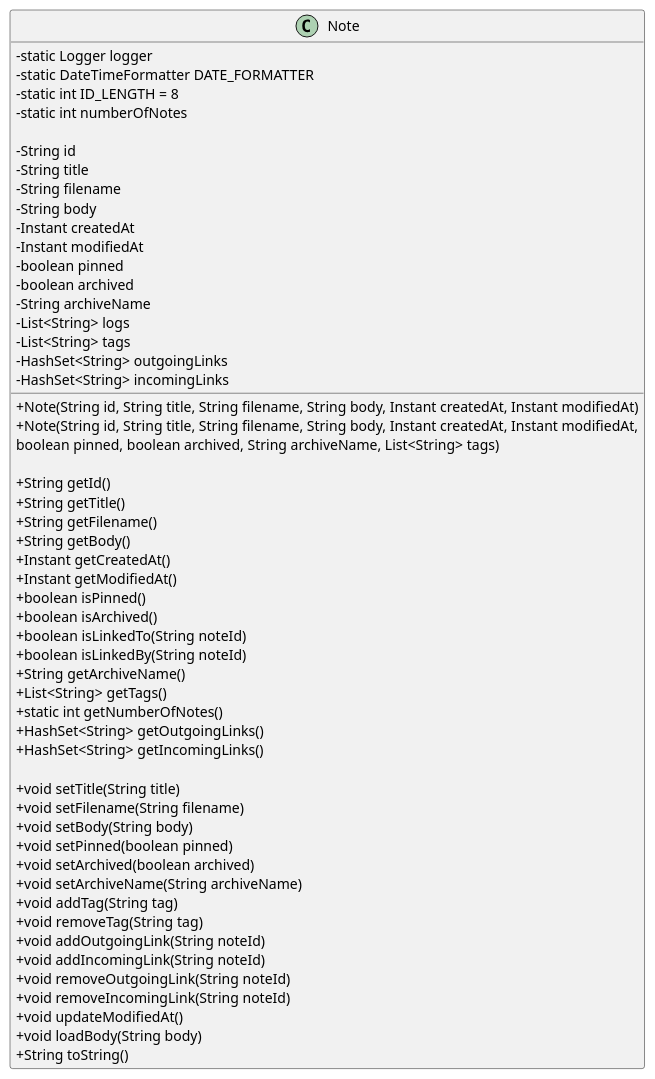
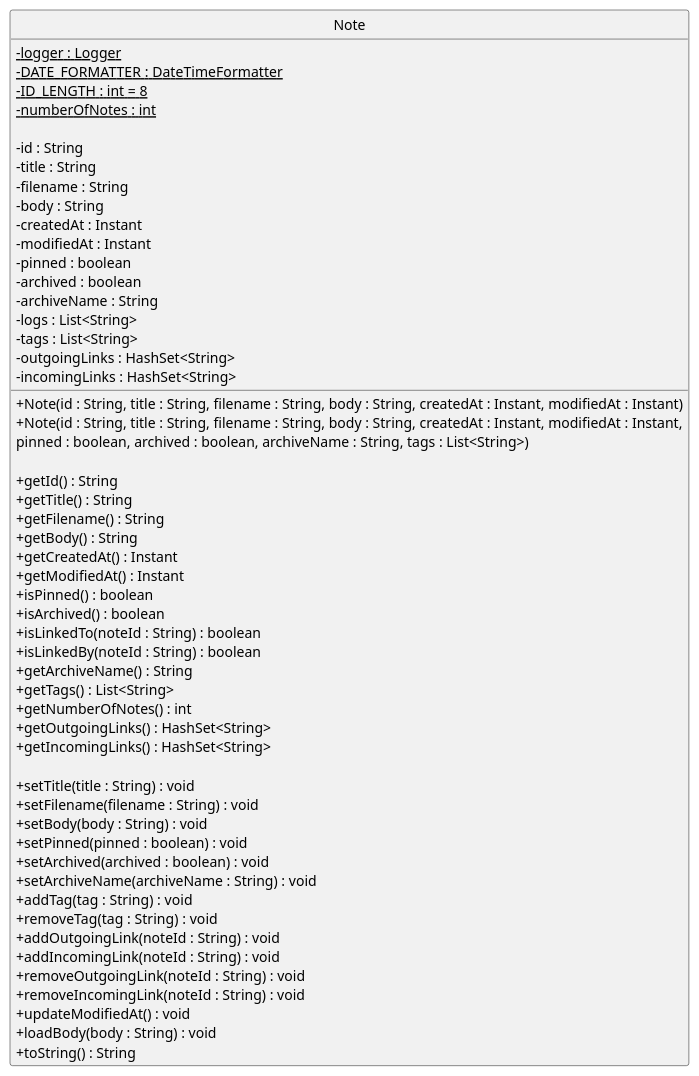
Before and after one commit to shauntsr/tp: the diagram in docs/diagrams/NoteClass.puml, drawn with PlantUML. The commit also changed 10 other files, not shown here.

```diff
--- a/docs/diagrams/NoteClass.puml
+++ b/docs/diagrams/NoteClass.puml
@@ -1,60 +1,60 @@
 @startuml NoteClass
 skinparam classAttributeIconSize 0
+hide circle
+class Note {
+    - {static}logger : Logger
+    - {static}DATE_FORMATTER : DateTimeFormatter
+    - {static}ID_LENGTH : int = 8
+    - {static}numberOfNotes : int
 
-class Note {
-    - static Logger logger
-    - static DateTimeFormatter DATE_FORMATTER
-    - static int ID_LENGTH = 8
-    - static int numberOfNotes
+    - id : String
+    - title : String
+    - filename : String
+    - body : String
+    - createdAt : Instant
+    - modifiedAt : Instant
+    - pinned : boolean
+    - archived : boolean
+    - archiveName : String
+    - logs : List<String>
+    - tags : List<String>
+    - outgoingLinks : HashSet<String>
+    - incomingLinks : HashSet<String>
 
-    - String id
-    - String title
-    - String filename
-    - String body
-    - Instant createdAt
-    - Instant modifiedAt
-    - boolean pinned
-    - boolean archived
-    - String archiveName
-    - List<String> logs
-    - List<String> tags
-    - HashSet<String> outgoingLinks
-    - HashSet<String> incomingLinks
+    + Note(id : String, title : String, filename : String, body : String, createdAt : Instant, modifiedAt : Instant)
+    + Note(id : String, title : String, filename : String, body : String, createdAt : Instant, modifiedAt : Instant,
+           pinned : boolean, archived : boolean, archiveName : String, tags : List<String>)
 
-    + Note(String id, String title, String filename, String body, Instant createdAt, Instant modifiedAt)
-    + Note(String id, String title, String filename, String body, Instant createdAt, Instant modifiedAt,
-           boolean pinned, boolean archived, String archiveName, List<String> tags)
+    + getId() : String
+    + getTitle() : String
+    + getFilename() : String
+    + getBody() : String
+    + getCreatedAt() : Instant
+    + getModifiedAt() : Instant
+    + isPinned() : boolean
+    + isArchived() : boolean
+    + isLinkedTo(noteId : String) : boolean
+    + isLinkedBy(noteId : String) : boolean
+    + getArchiveName() : String
+    + getTags() : List<String>
+    + getNumberOfNotes() : int
+    + getOutgoingLinks() : HashSet<String>
+    + getIncomingLinks() : HashSet<String>
 
-    + String getId()
-    + String getTitle()
-    + String getFilename()
-    + String getBody()
-    + Instant getCreatedAt()
-    + Instant getModifiedAt()
-    + boolean isPinned()
-    + boolean isArchived()
-    + boolean isLinkedTo(String noteId)
-    + boolean isLinkedBy(String noteId)
-    + String getArchiveName()
-    + List<String> getTags()
-    + static int getNumberOfNotes()
-    + HashSet<String> getOutgoingLinks()
-    + HashSet<String> getIncomingLinks()
-
-    + void setTitle(String title)
-    + void setFilename(String filename)
-    + void setBody(String body)
-    + void setPinned(boolean pinned)
-    + void setArchived(boolean archived)
-    + void setArchiveName(String archiveName)
-    + void addTag(String tag)
-    + void removeTag(String tag)
-    + void addOutgoingLink(String noteId)
-    + void addIncomingLink(String noteId)
-    + void removeOutgoingLink(String noteId)
-    + void removeIncomingLink(String noteId)
-    + void updateModifiedAt()
-    + void loadBody(String body)
-    + String toString()
+    + setTitle(title : String) : void
+    + setFilename(filename : String) : void
+    + setBody(body : String) : void
+    + setPinned(pinned : boolean) : void
+    + setArchived(archived : boolean) : void
+    + setArchiveName(archiveName : String) : void
+    + addTag(tag : String) : void
+    + removeTag(tag : String) : void
+    + addOutgoingLink(noteId : String) : void
+    + addIncomingLink(noteId : String) : void
+    + removeOutgoingLink(noteId : String) : void
+    + removeIncomingLink(noteId : String) : void
+    + updateModifiedAt() : void
+    + loadBody(body : String) : void
+    + toString() : String
 }
 @enduml
```
